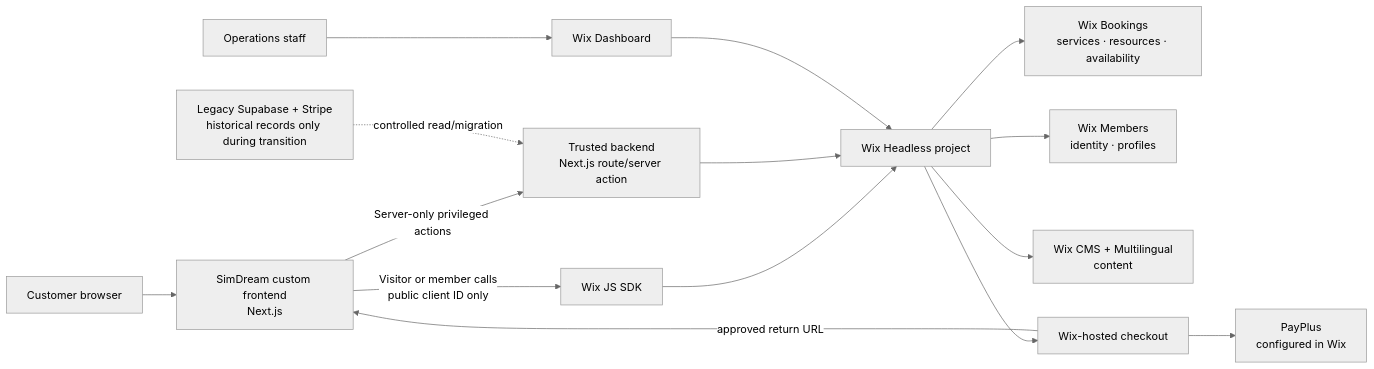
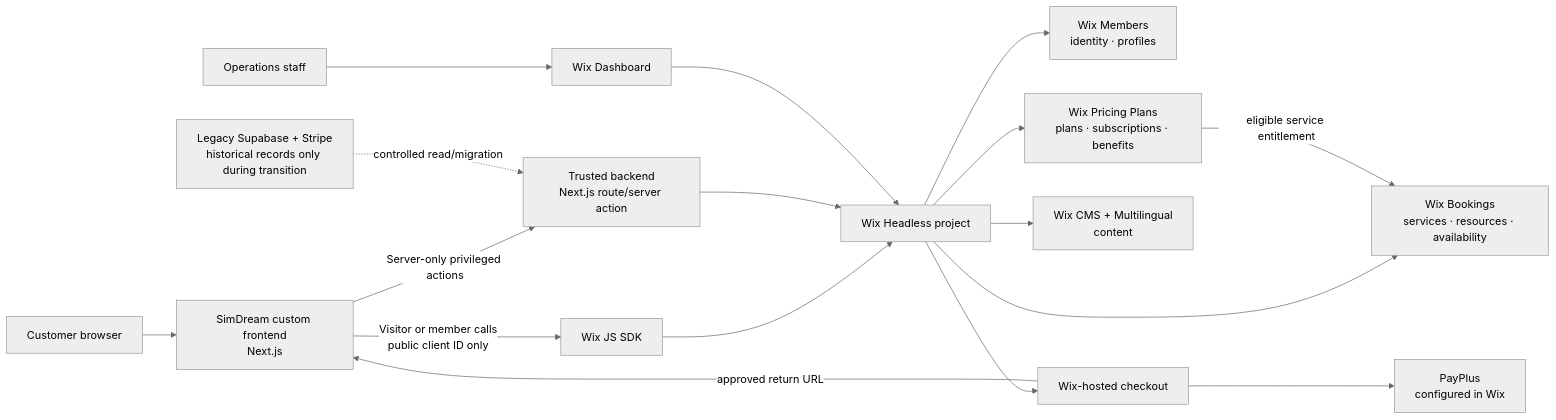
The first of 3 diagrams in docs/WIX_HEADLESS_ARCHITECTURE.md (hatan4ik/simdream-website), drawn with Mermaid (neutral theme) before and after one commit. The commit also changed other lines of this file and 13 other files, not shown here.

````diff
--- a/docs/WIX_HEADLESS_ARCHITECTURE.md
+++ b/docs/WIX_HEADLESS_ARCHITECTURE.md
@@ -41,21 +43,23 @@
 ```mermaid
 flowchart LR
     Customer[Customer browser] --> Web[SimDream custom frontend\nNext.js]
     Staff[Operations staff] --> Dashboard[Wix Dashboard]
 
     Web -->|Visitor or member calls\npublic client ID only| SDK[Wix JS SDK]
     Web -->|Server-only privileged actions| BFF[Trusted backend\nNext.js route/server action]
 
     SDK --> Wix[Wix Headless project]
     BFF --> Wix
     Dashboard --> Wix
 
     Wix --> Bookings[Wix Bookings\nservices · resources · availability]
     Wix --> Members[Wix Members\nidentity · profiles]
+    Wix --> Plans[Wix Pricing Plans\nplans · subscriptions · benefits]
     Wix --> CMS[Wix CMS + Multilingual\ncontent]
     Wix --> Checkout[Wix-hosted checkout]
     Checkout --> PayPlus[PayPlus\nconfigured in Wix]
     Checkout -->|approved return URL| Web
+    Plans -->|eligible service entitlement| Bookings
 
     Legacy[Legacy Supabase + Stripe\nhistorical records only during transition] -. controlled read/migration .-> BFF
 ```
````
